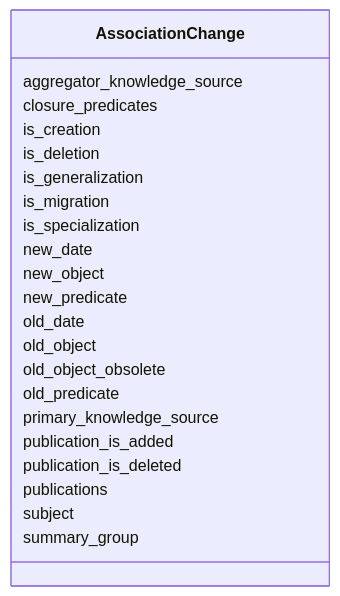
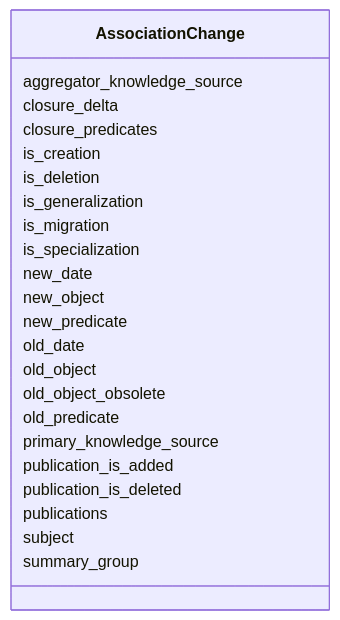
Before and after one commit to INCATools/ontology-access-kit: the diagram in association/AssociationChange.md, drawn with Mermaid. The commit also changed other lines of this file and 3011 other files, not shown here.

````diff
--- a/association/AssociationChange.md
+++ b/association/AssociationChange.md
@@ -9,45 +14,47 @@
 ```{mermaid}
  classDiagram
     class AssociationChange
       AssociationChange : aggregator_knowledge_source
+        
+      AssociationChange : closure_delta
         
       AssociationChange : closure_predicates
         
       AssociationChange : is_creation
         
       AssociationChange : is_deletion
         
       AssociationChange : is_generalization
         
       AssociationChange : is_migration
         
       AssociationChange : is_specialization
         
       AssociationChange : new_date
         
       AssociationChange : new_object
         
       AssociationChange : new_predicate
         
       AssociationChange : old_date
         
       AssociationChange : old_object
         
       AssociationChange : old_object_obsolete
         
       AssociationChange : old_predicate
         
       AssociationChange : primary_knowledge_source
         
       AssociationChange : publication_is_added
         
       AssociationChange : publication_is_deleted
         
       AssociationChange : publications
         
       AssociationChange : subject
         
       AssociationChange : summary_group
         
       
 ```
````
